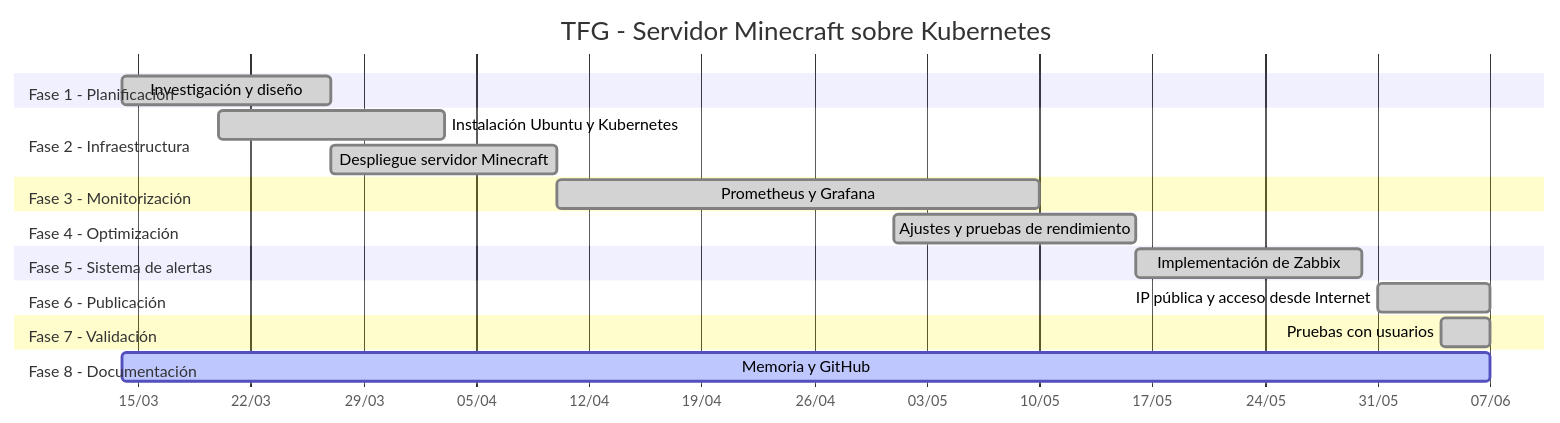
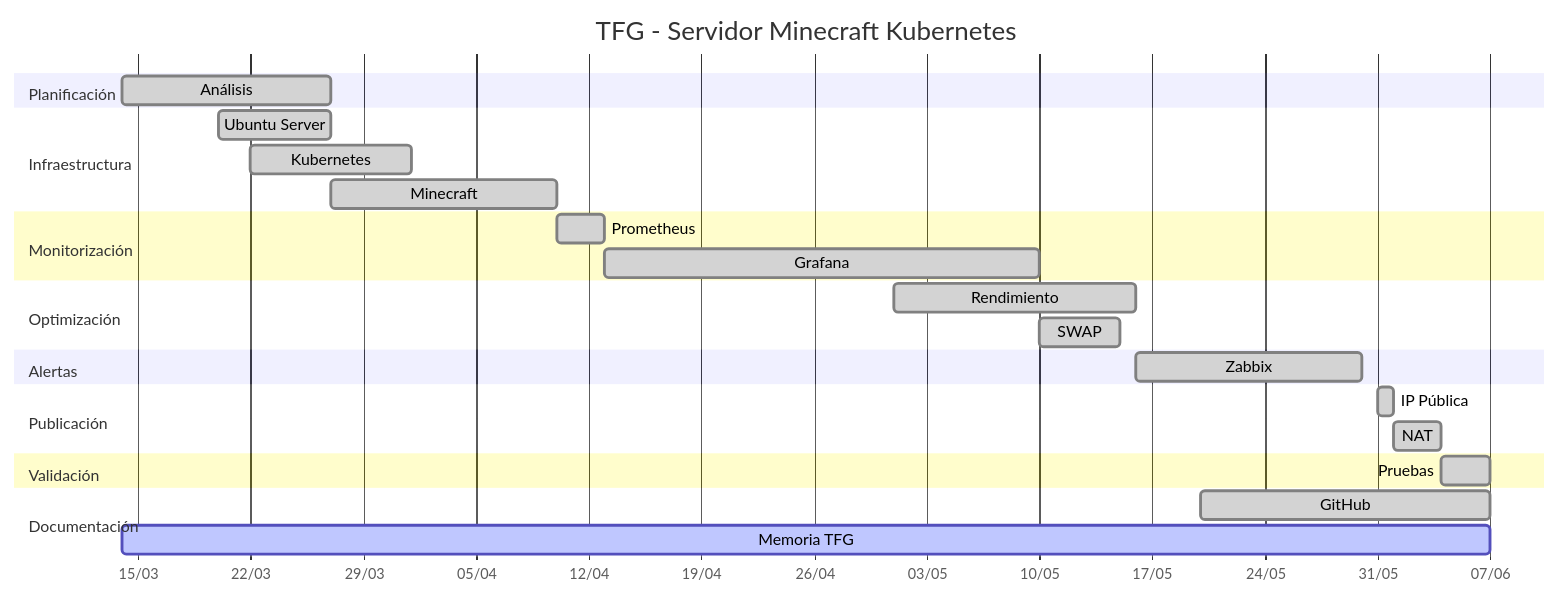
One commit to pabnaviva/minecraft changed the diagram in diagrama gantt.md. Above: the diagram before and after it, drawn with Mermaid. The commit also changed other lines of this file, not shown here.

Commit message:
Update diagrama gantt.md

````diff
--- a/diagrama gantt.md
+++ b/diagrama gantt.md
@@ -1,31 +1,36 @@
 ```mermaid
 gantt
-    title TFG - Servidor Minecraft sobre Kubernetes
+    title TFG - Servidor Minecraft Kubernetes
     dateFormat YYYY-MM-DD
     axisFormat %d/%m
 
-    section Fase 1 - Planificación
-    Investigación y diseño                 :done, 2026-03-14, 13d
+    section Planificación
+    Análisis           :done, 2026-03-14, 13d
 
-    section Fase 2 - Infraestructura
-    Instalación Ubuntu y Kubernetes        :done, 2026-03-20, 14d
-    Despliegue servidor Minecraft          :done, 2026-03-27, 14d
+    section Infraestructura
+    Ubuntu Server      :done, 2026-03-20, 7d
+    Kubernetes         :done, 2026-03-22, 10d
+    Minecraft          :done, 2026-03-27, 14d
 
-    section Fase 3 - Monitorización
-    Prometheus y Grafana                   :done, 2026-04-10, 30d
+    section Monitorización
+    Prometheus         :done, 2026-04-10, 3d
+    Grafana            :done, 2026-04-13, 27d
 
-    section Fase 4 - Optimización
-    Ajustes y pruebas de rendimiento       :done, 2026-05-01, 15d
+    section Optimización
+    Rendimiento        :done, 2026-05-01, 15d
+    SWAP               :done, 2026-05-10, 5d
 
-    section Fase 5 - Sistema de alertas
-    Implementación de Zabbix               :done, 2026-05-16, 14d
+    section Alertas
+    Zabbix             :done, 2026-05-16, 14d
 
-    section Fase 6 - Publicación
-    IP pública y acceso desde Internet     :done, 2026-05-31, 7d
+    section Publicación
+    IP Pública         :done, 2026-05-31, 1d
+    NAT                :done, 2026-06-01, 3d
 
-    section Fase 7 - Validación
-    Pruebas con usuarios                   :done, 2026-06-04, 3d
+    section Validación
+    Pruebas            :done, 2026-06-04, 3d
 
-    section Fase 8 - Documentación
-    Memoria y GitHub                       :active, 2026-03-14, 85d
+    section Documentación
+    GitHub             :done, 2026-05-20, 18d
+    Memoria TFG        :active, 2026-03-14, 85d
 ```
````
